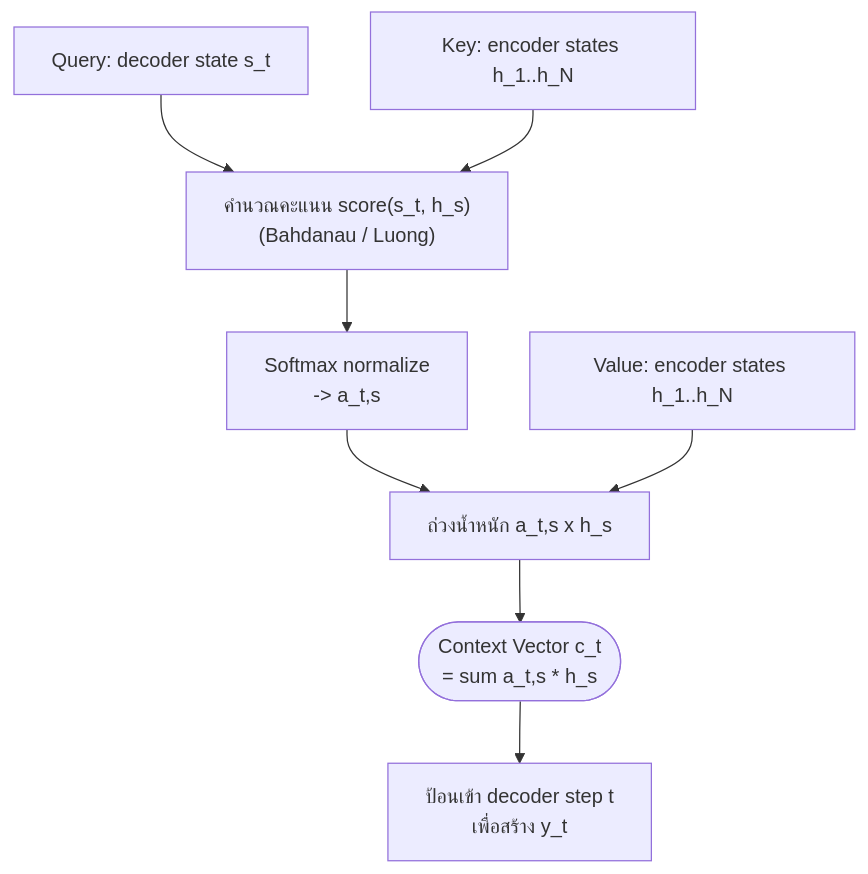
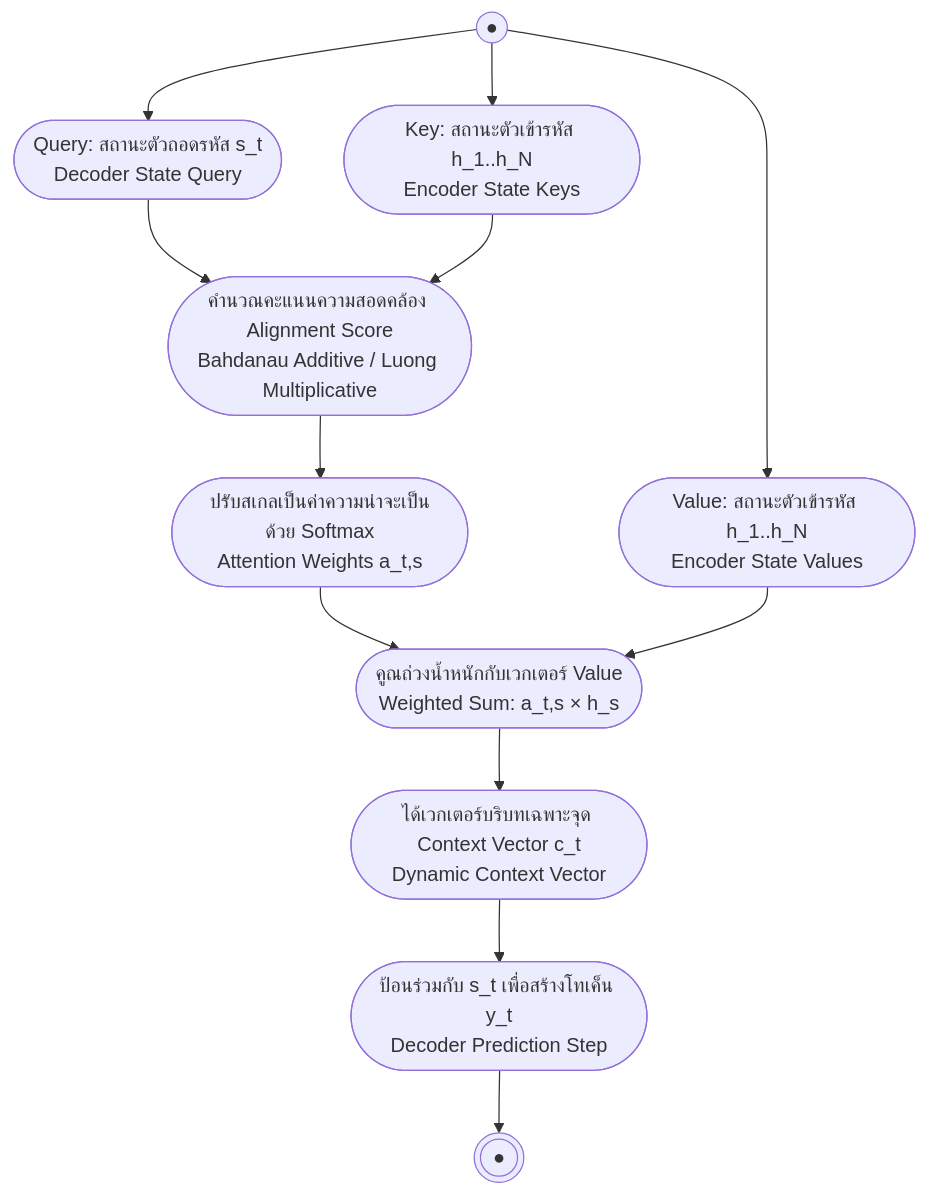
One commit to PhuriphatTyPeZ3r0/Course-1323404-Natural-Language-Processing-2026 changed the diagram in 01_Lectures/Week6/Attention-Mechanism.md. Above: the diagram before and after it, drawn with Mermaid. The commit also changed 14 other files, not shown here.

Commit message:
refactor: standardize diagrams to UML specifications across notes and templates

````diff
--- a/01_Lectures/Week6/Attention-Mechanism.md
+++ b/01_Lectures/Week6/Attention-Mechanism.md
@@ -87,10 +87,15 @@
 ```mermaid
 flowchart TD
-    Q["Query: decoder state s_t"] --> Score["คำนวณคะแนน score(s_t, h_s)\n(Bahdanau / Luong)"]
-    K["Key: encoder states h_1..h_N"] --> Score
-    Score --> Softmax["Softmax normalize\n-> a_t,s"]
-    Softmax --> Weighted["ถ่วงน้ำหนัก a_t,s x h_s"]
-    V["Value: encoder states h_1..h_N"] --> Weighted
-    Weighted --> Context(["Context Vector c_t\n= sum a_t,s * h_s"])
-    Context --> Decoder["ป้อนเข้า decoder step t\nเพื่อสร้าง y_t"]
+    Start((●)) --> Query([Query: สถานะตัวถอดรหัส s_t<br>Decoder State Query])
+    Start --> Keys([Key: สถานะตัวเข้ารหัส h_1..h_N<br>Encoder State Keys])
+    Start --> Values([Value: สถานะตัวเข้ารหัส h_1..h_N<br>Encoder State Values])
+
+    Query --> Score([คำนวณคะแนนความสอดคล้อง Alignment Score<br>Bahdanau Additive / Luong Multiplicative])
+    Keys --> Score
+    Score --> Softmax([ปรับสเกลเป็นค่าความน่าจะเป็นด้วย Softmax<br>Attention Weights a_t,s])
+    Softmax --> Weighted([คูณถ่วงน้ำหนักกับเวกเตอร์ Value<br>Weighted Sum: a_t,s × h_s])
+    Values --> Weighted
+    Weighted --> Context([ได้เวกเตอร์บริบทเฉพาะจุด Context Vector c_t<br>Dynamic Context Vector])
+    Context --> Decoder([ป้อนร่วมกับ s_t เพื่อสร้างโทเค็น y_t<br>Decoder Prediction Step])
+    Decoder --> EndNode(((●)))
 ```
````
